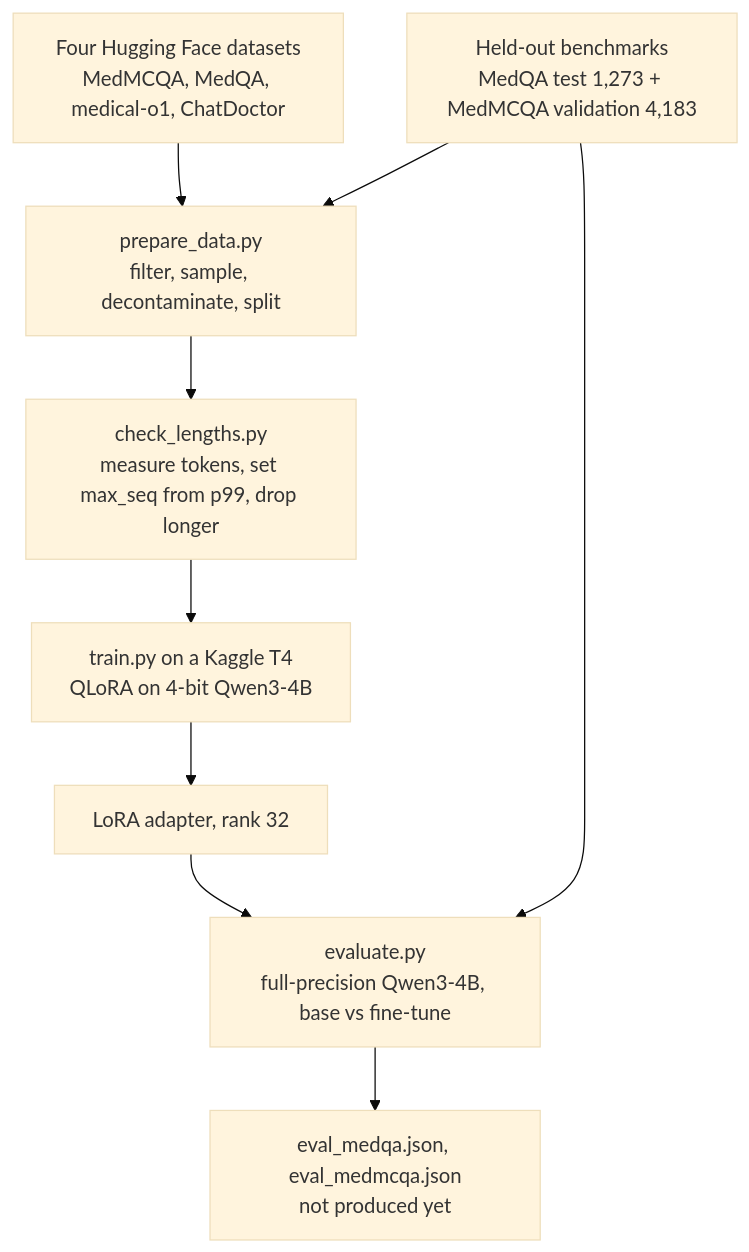
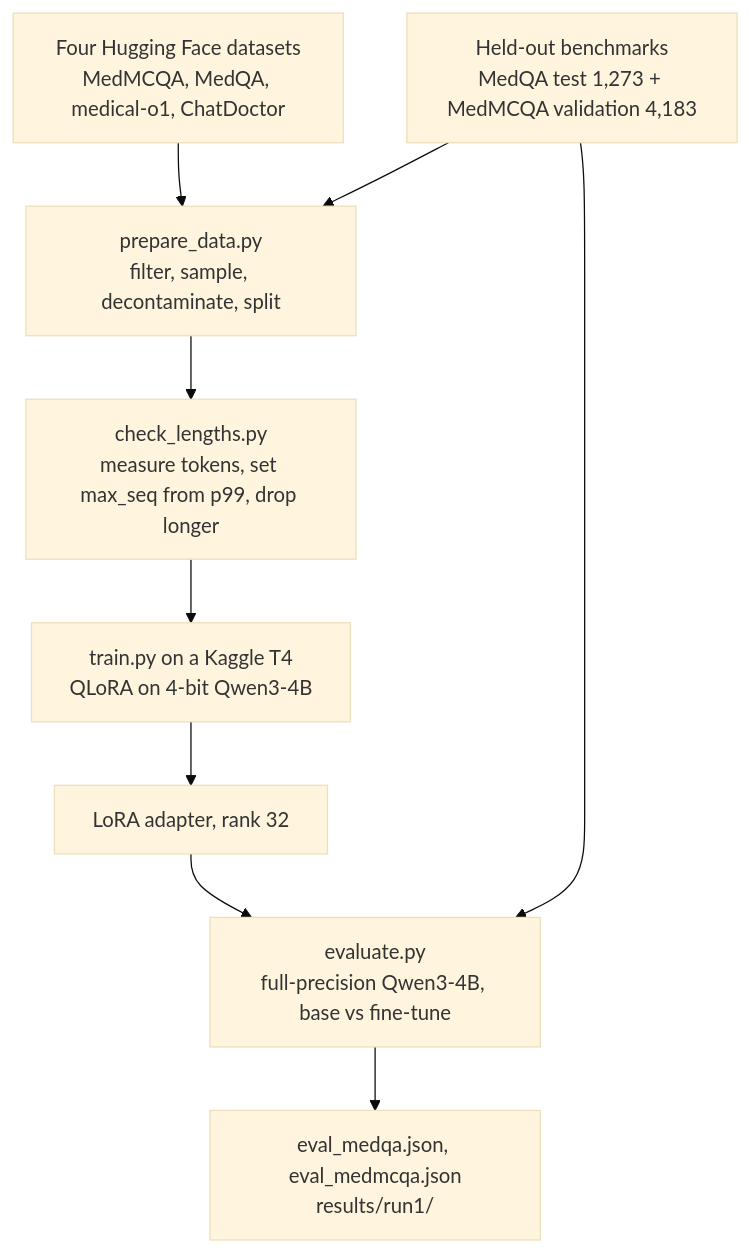
The diagram in README.md (garvbahl37-gif/qwen3-4b-medical-finetune), drawn with Mermaid (base theme) before and after one commit. The commit also changed other lines of this file and 4 other files, not shown here.

````diff
--- a/README.md
+++ b/README.md
@@ -28,11 +54,11 @@
 ```mermaid
 flowchart TD
     S["Four Hugging Face datasets<br/>MedMCQA, MedQA, medical-o1, ChatDoctor"] --> P["prepare_data.py<br/>filter, sample, decontaminate, split"]
     H["Held-out benchmarks<br/>MedQA test 1,273 + MedMCQA validation 4,183"] --> P
     P --> L["check_lengths.py<br/>measure tokens, set max_seq from p99, drop longer"]
     L --> T["train.py on a Kaggle T4<br/>QLoRA on 4-bit Qwen3-4B"]
     T --> A["LoRA adapter, rank 32"]
     A --> E["evaluate.py<br/>full-precision Qwen3-4B, base vs fine-tune"]
     H --> E
-    E --> R["eval_medqa.json, eval_medmcqa.json<br/>not produced yet"]
+    E --> R["eval_medqa.json, eval_medmcqa.json<br/>results/run1/"]
 ```
````
